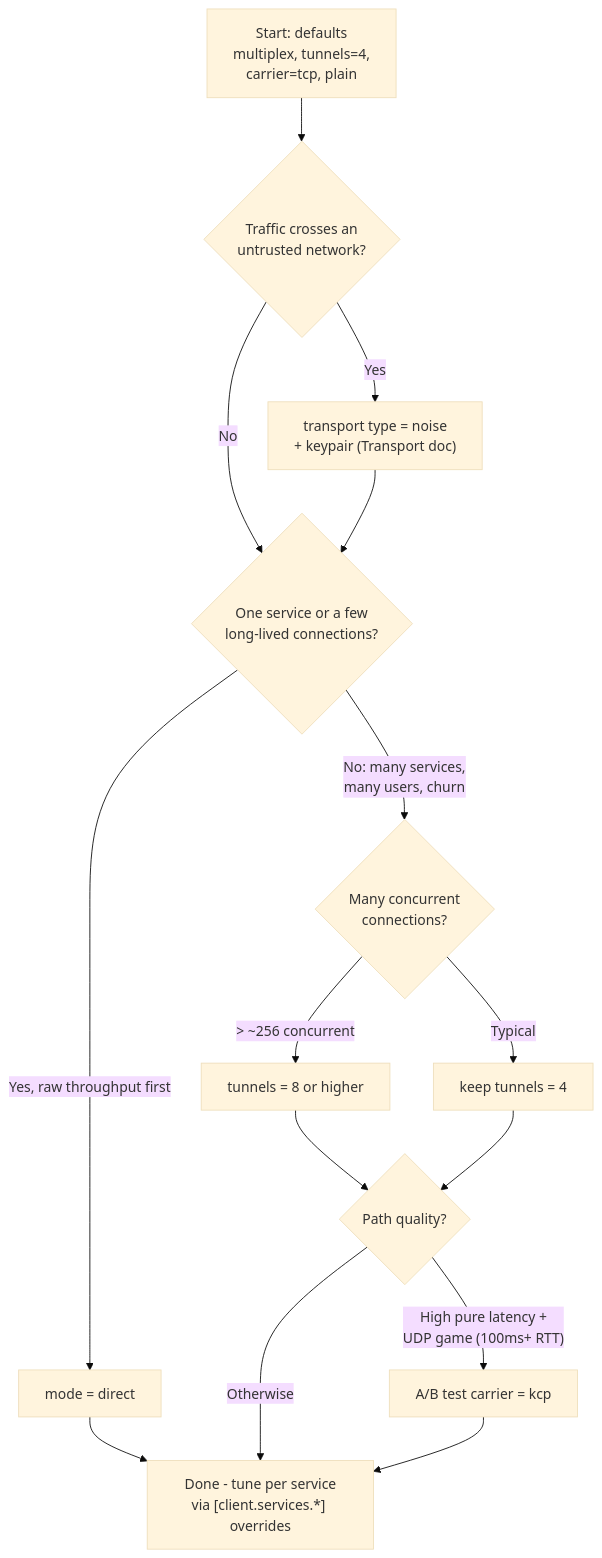
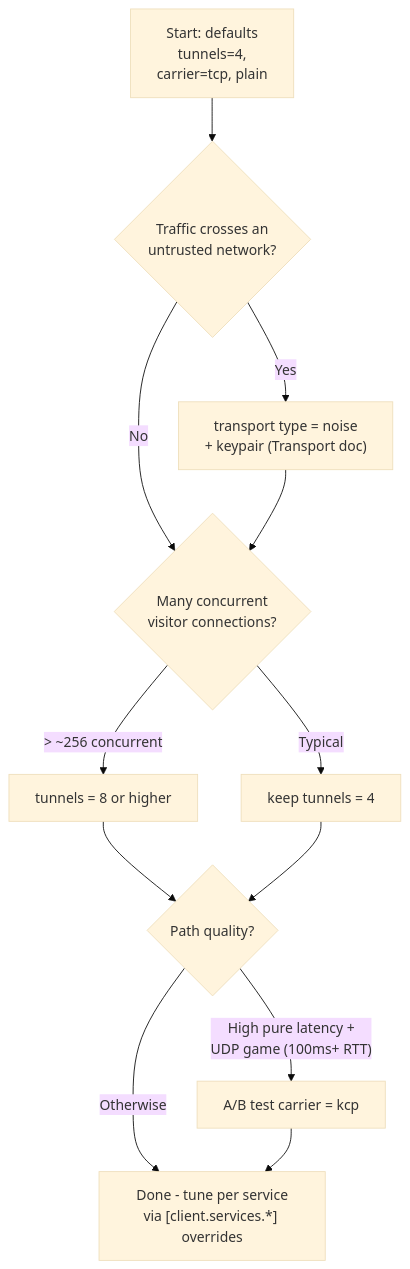
The diagram in docs/configuration.md (NIyueeE/molehill), drawn with Mermaid (base theme) before and after one commit. The commit also changed other lines of this file and 27 other files, not shown here.

````diff
--- a/docs/configuration.md
+++ b/docs/configuration.md
@@ -137,17 +160,14 @@
 ```mermaid
 flowchart TD
-    A["Start: defaults<br/>multiplex, tunnels=4,<br/>carrier=tcp, plain"] --> B{"Traffic crosses an<br/>untrusted network?"}
+    A["Start: defaults<br/>tunnels=4,<br/>carrier=tcp, plain"] --> B{"Traffic crosses an<br/>untrusted network?"}
     B -- Yes --> C["transport type = noise<br/>+ keypair (Transport doc)"]
-    B -- No --> D{"One service or a few<br/>long-lived connections?"}
+    B -- No --> D{"Many concurrent<br/>visitor connections?"}
     C --> D
-    D -- "Yes, raw throughput first" --> E["mode = direct"]
-    D -- "No: many services,<br/>many users, churn" --> F{"Many concurrent<br/>connections?"}
-    E --> Z["Done - tune per service<br/>via [client.services.*] overrides"]
-    F -- "> ~256 concurrent" --> G["tunnels = 8 or higher"]
-    F -- Typical --> H["keep tunnels = 4"]
+    D -- "> ~256 concurrent" --> G["tunnels = 8 or higher"]
+    D -- Typical --> H["keep tunnels = 4"]
     G --> I{"Path quality?"}
     H --> I
     I -- "High pure latency +<br/>UDP game (100ms+ RTT)" --> J["A/B test carrier = kcp"]
-    I -- Otherwise --> Z
+    I -- Otherwise --> Z["Done - tune per service<br/>via [client.services.*] overrides"]
     J --> Z
 ```
````
